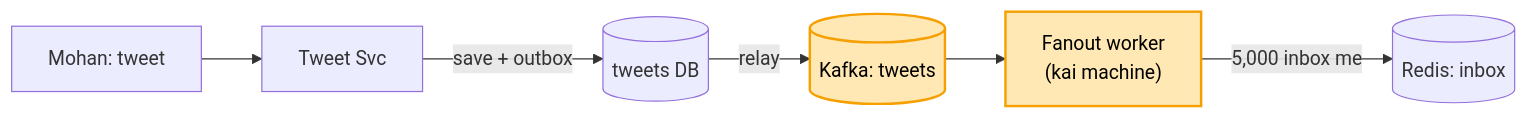
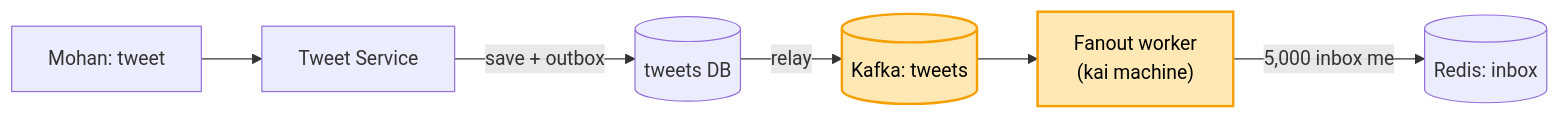
One commit to ArpanMaheshwari144/Prep changed the third of 9 diagrams in 04_HLD/SYSTEM_DESIGNS/03_twitter_feed/03_twitter_feed.md. Above: the diagram before and after it, drawn with Mermaid. The commit also changed other lines of this file and 8 other files, not shown here.

````diff
--- a/04_HLD/SYSTEM_DESIGNS/03_twitter_feed/03_twitter_feed.md
+++ b/04_HLD/SYSTEM_DESIGNS/03_twitter_feed/03_twitter_feed.md
@@ -121,10 +121,10 @@
 ```mermaid
 flowchart LR
-    M["Mohan: tweet"] --> TS["Tweet Svc"]
+    M["Mohan: tweet"] --> TS["Tweet Service"]
     TS -- "save + outbox" --> DB[("tweets DB")]
     DB -- "relay" --> K[("Kafka: tweets")]
     K --> FW["Fanout worker<br/>(kai machine)"]
     FW -- "5,000 inbox me" --> IN[("Redis: inbox")]
     style K fill:#ffe8b3,stroke:#f59f00,stroke-width:2px,color:#000
     style FW fill:#ffe8b3,stroke:#f59f00,stroke-width:2px,color:#000
 ```
````
